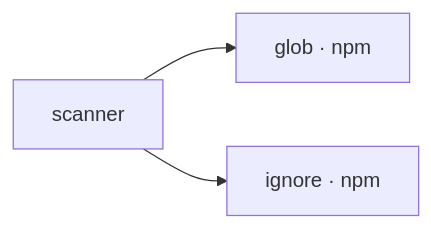
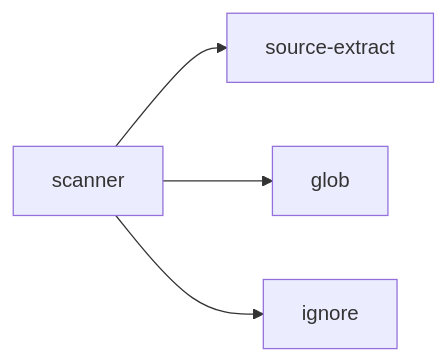
The diagram in .github/instructions/src/scanner.instructions.md (hellhellpnick/context-graph), drawn with Mermaid before and after one commit. The commit also changed other lines of this file and 222 other files, not shown here.

````diff
--- a/.github/instructions/src/scanner.instructions.md
+++ b/.github/instructions/src/scanner.instructions.md
@@ -15,6 +15,7 @@
 ```mermaid
 graph LR
   scanner[scanner]
-  scanner --> glob["glob · npm"]
-  scanner --> ignore["ignore · npm"]
+  scanner --> source_extract[source-extract]
+  scanner --> glob["glob"]
+  scanner --> ignore["ignore"]
 ```
````
